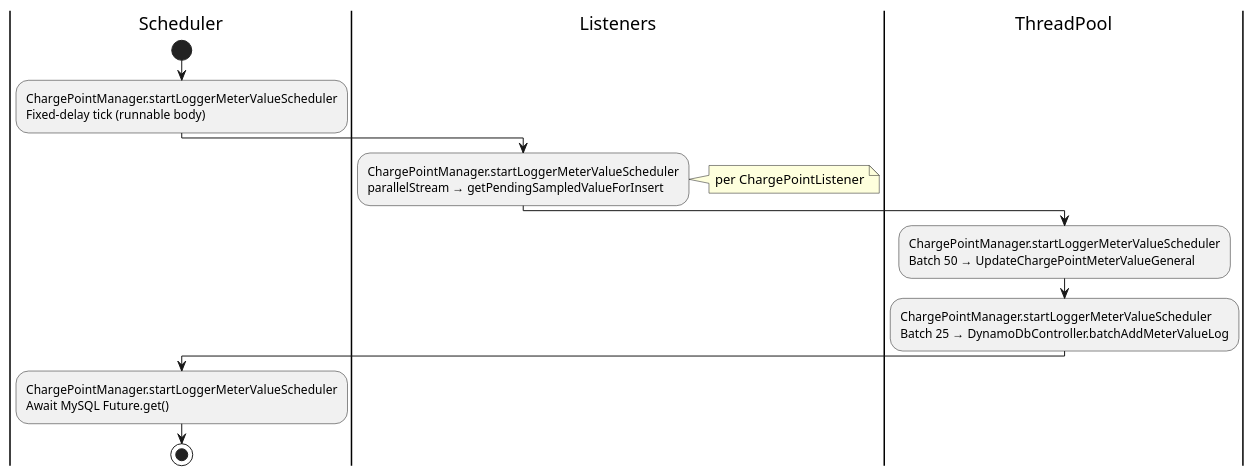
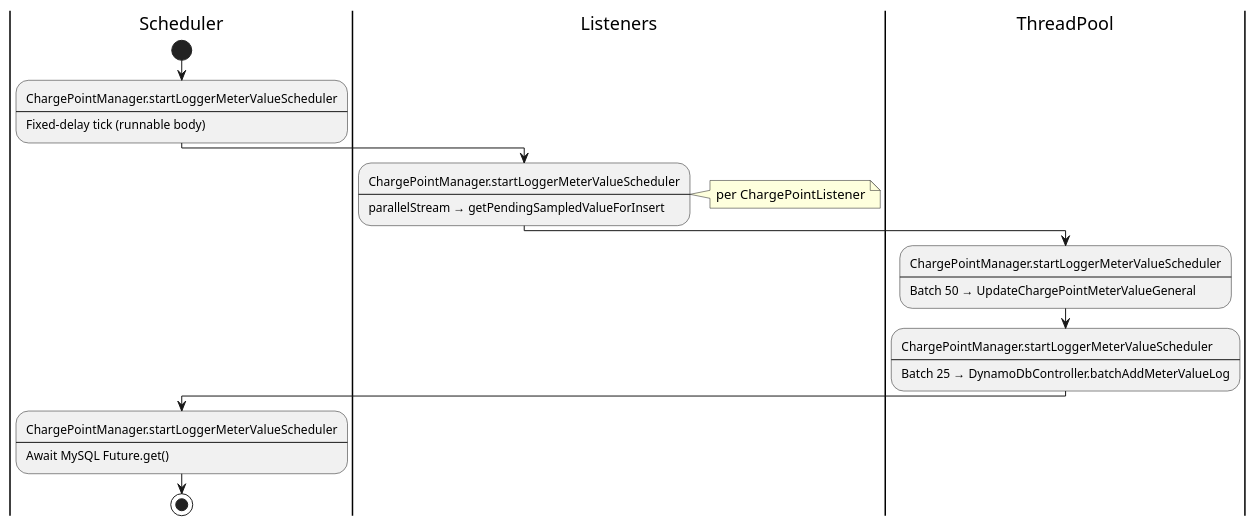
The first of 3 diagrams in tool--plantuml-activity-tree/examples.md (machingclee/my-skills), drawn with PlantUML before and after one commit. The commit also changed other lines of this file and 1 other file, not shown here.

````diff
--- a/tool--plantuml-activity-tree/examples.md
+++ b/tool--plantuml-activity-tree/examples.md
@@ -19,23 +19,28 @@
 ```plantuml
 @startuml
 |Scheduler|
 start
 :ChargePointManager.startLoggerMeterValueScheduler
+----
 Fixed-delay tick (runnable body);
 |Listeners|
 :ChargePointManager.startLoggerMeterValueScheduler
+----
 parallelStream → getPendingSampledValueForInsert;
 note right
   per ChargePointListener
 end note
 |ThreadPool|
 :ChargePointManager.startLoggerMeterValueScheduler
+----
 Batch 50 → UpdateChargePointMeterValueGeneral;
 :ChargePointManager.startLoggerMeterValueScheduler
+----
 Batch 25 → DynamoDbController.batchAddMeterValueLog;
 |Scheduler|
 :ChargePointManager.startLoggerMeterValueScheduler
+----
 Await MySQL Future.get();
 stop
 @enduml
 ```
````
